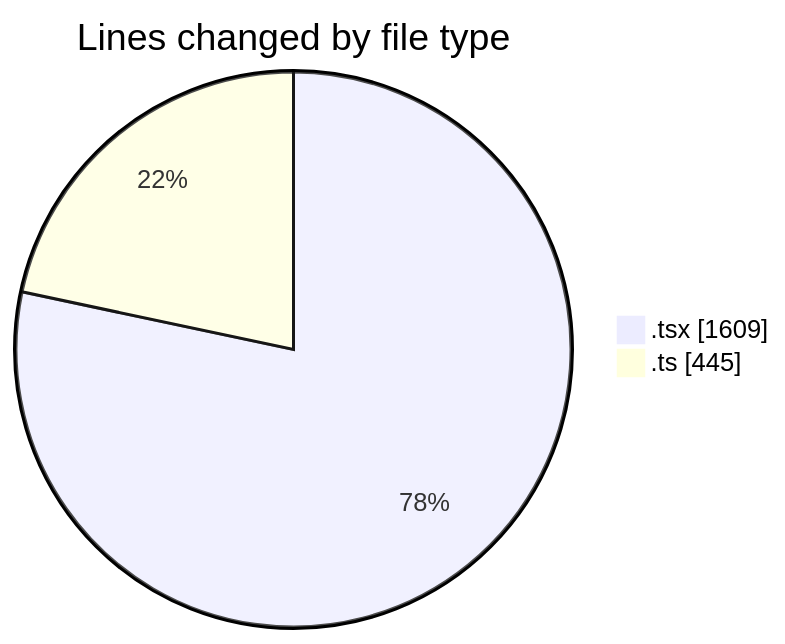
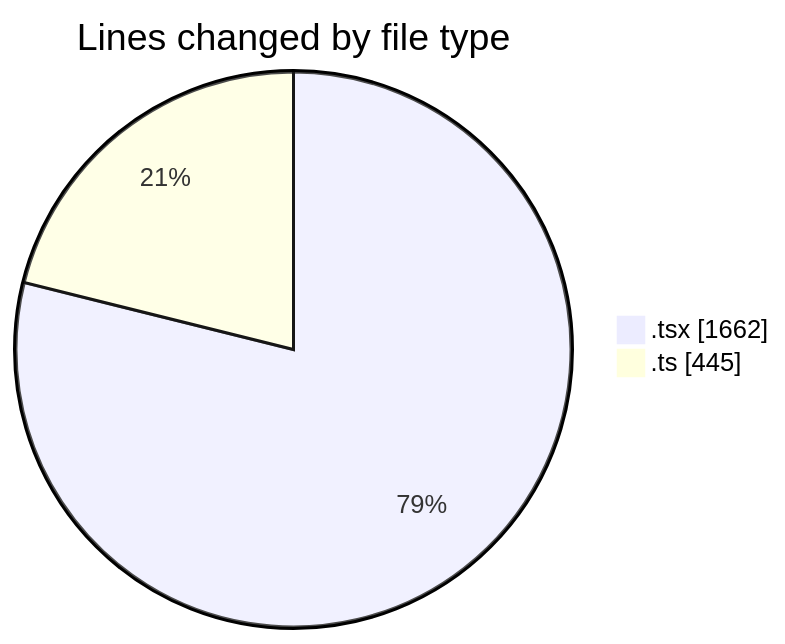
One commit to robertbonfada/code-tracking changed the first of 2 diagrams in 2025-01-30/mbc-web/README.md. Above: the diagram before and after it, drawn with Mermaid. The commit also changed other lines of this file and 1 other file, not shown here.

````diff
--- a/2025-01-30/mbc-web/README.md
+++ b/2025-01-30/mbc-web/README.md
@@ -30,6 +30,6 @@
 ```mermaid
 pie showData
 title Lines changed by file type
-".tsx" : 1609
+".tsx" : 1662
 ".ts" : 445
 ```
````
